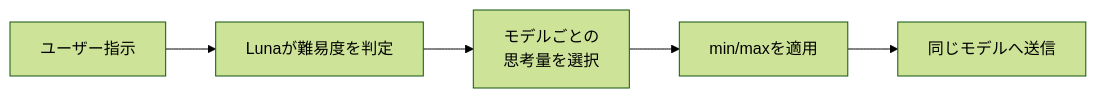
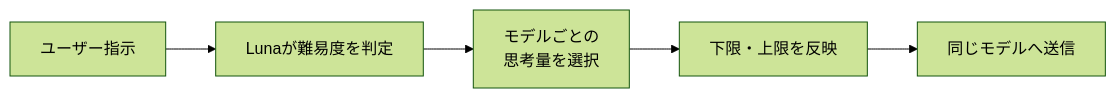
The diagram in README.md (MametaroGG/OpenCode-Codex-AutoReasoning), drawn with Mermaid (forest theme) before and after one commit. The commit also changed 1 other file, not shown here.

Commit message:
Clarify the min/max step in the README diagrams
Label the configured effort bounds step as 'reflect lower/upper limits' in Japanese and 'clamp to limits' in English.

````diff
--- a/README.md
+++ b/README.md
@@ -18,7 +18,7 @@
 ```mermaid
 flowchart LR
     A[ユーザー指示] --> B[Lunaが難易度を判定]
     B --> C[モデルごとの<br/>思考量を選択]
-    C --> D[min/maxを適用]
+    C --> D[下限・上限を反映]
     D --> E[同じモデルへ送信]
 ```
````
